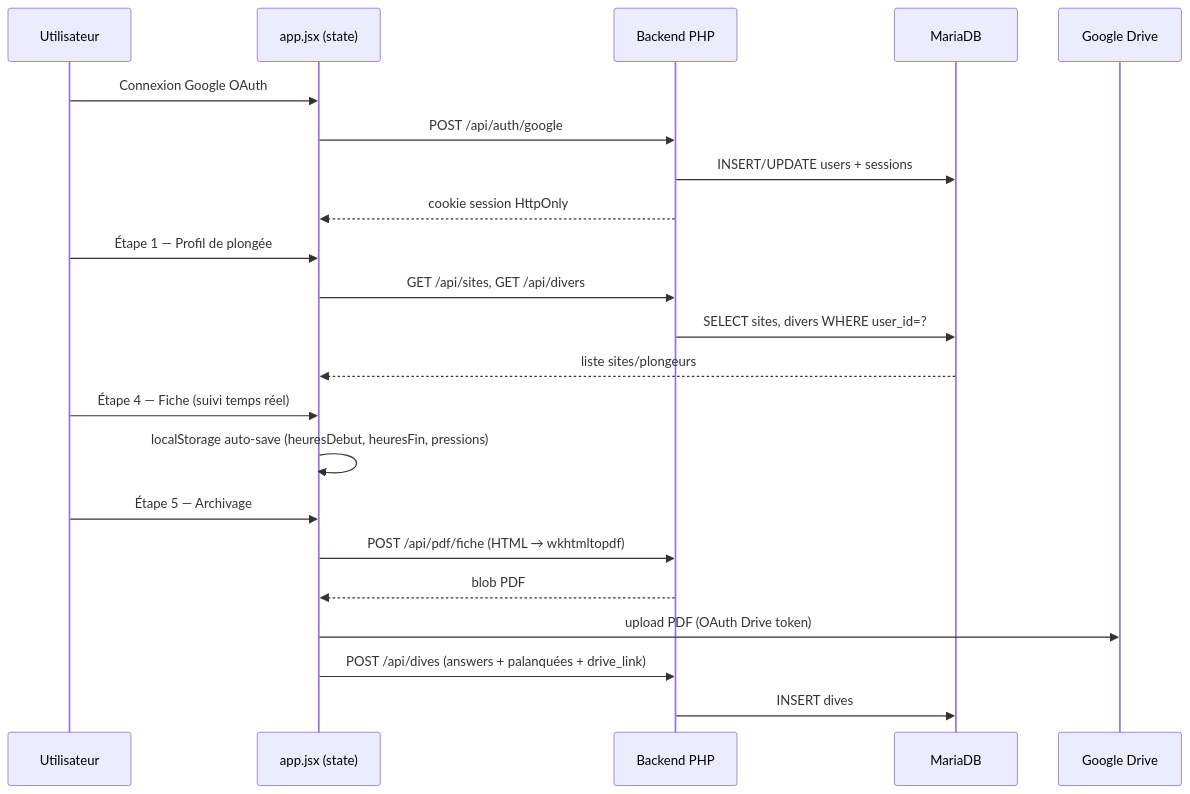
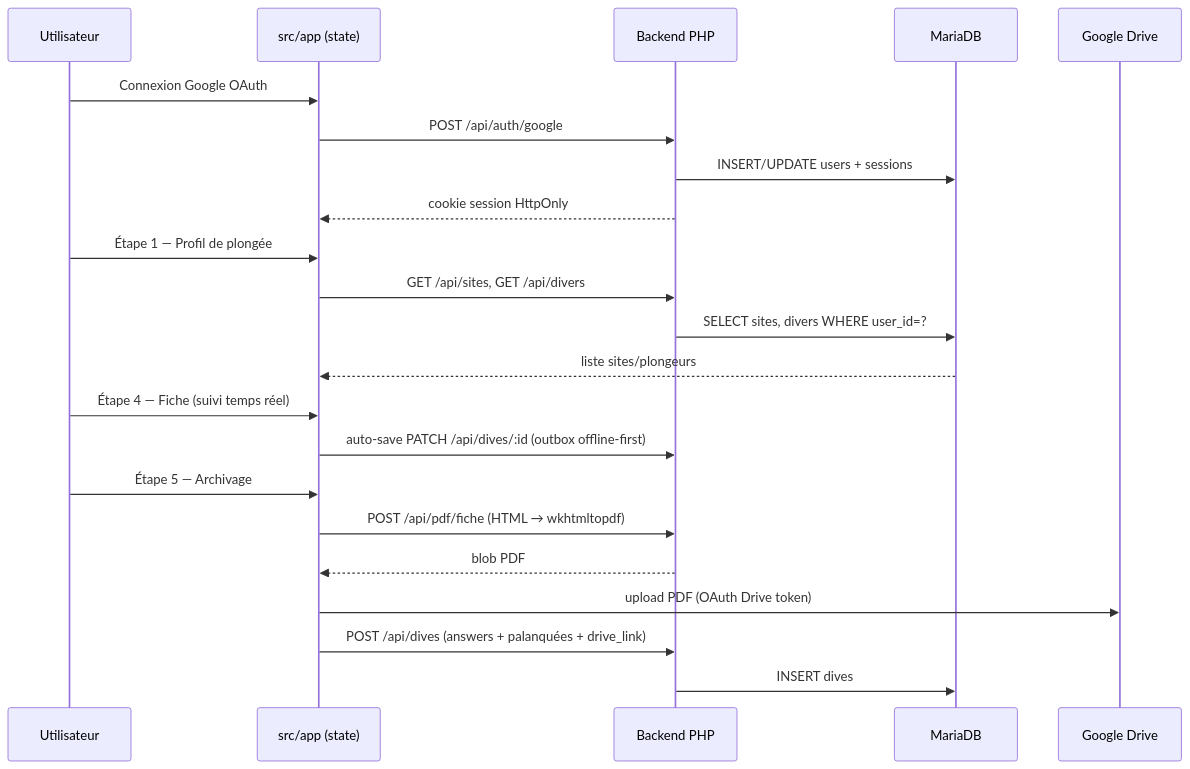
The second of 7 diagrams in README.md (NicholasJallan/dp-fede), drawn with Mermaid before and after one commit. The commit also changed other lines of this file and 148 other files, not shown here.

````diff
--- a/README.md
+++ b/README.md
@@ -90,28 +92,28 @@
 ```mermaid
 sequenceDiagram
     participant U as Utilisateur
-    participant App as app.jsx (state)
+    participant App as src/app (state)
     participant API as Backend PHP
     participant DB as MariaDB
     participant Drive as Google Drive
 
     U->>App: Connexion Google OAuth
     App->>API: POST /api/auth/google
     API->>DB: INSERT/UPDATE users + sessions
     API-->>App: cookie session HttpOnly
 
     U->>App: Étape 1 — Profil de plongée
     App->>API: GET /api/sites, GET /api/divers
     API->>DB: SELECT sites, divers WHERE user_id=?
     DB-->>App: liste sites/plongeurs
 
     U->>App: Étape 4 — Fiche (suivi temps réel)
-    App->>App: localStorage auto-save (heuresDebut, heuresFin, pressions)
+    App->>API: auto-save PATCH /api/dives/:id (outbox offline-first)
 
     U->>App: Étape 5 — Archivage
     App->>API: POST /api/pdf/fiche (HTML → wkhtmltopdf)
     API-->>App: blob PDF
     App->>Drive: upload PDF (OAuth Drive token)
     App->>API: POST /api/dives (answers + palanquées + drive_link)
     API->>DB: INSERT dives
 ```
````
